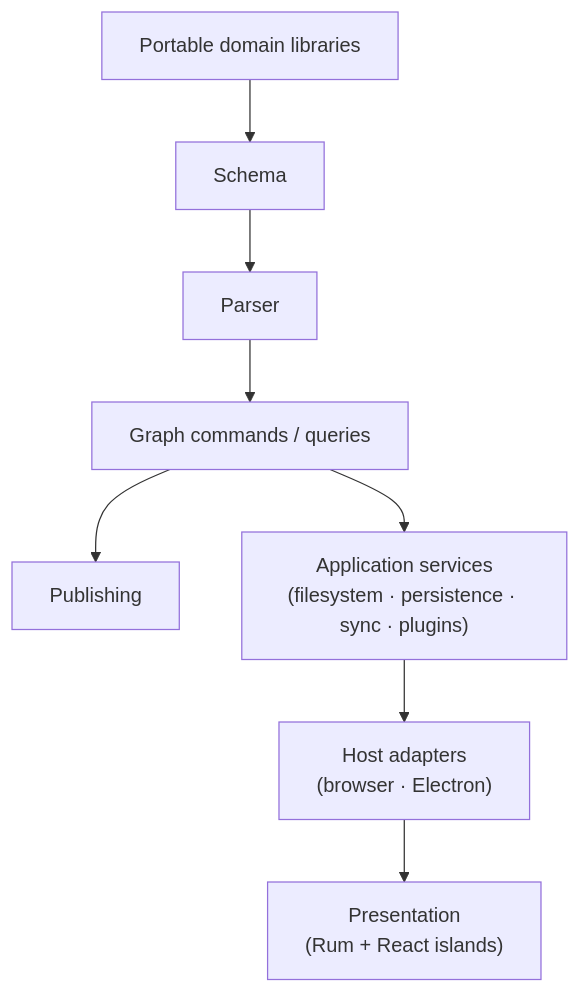
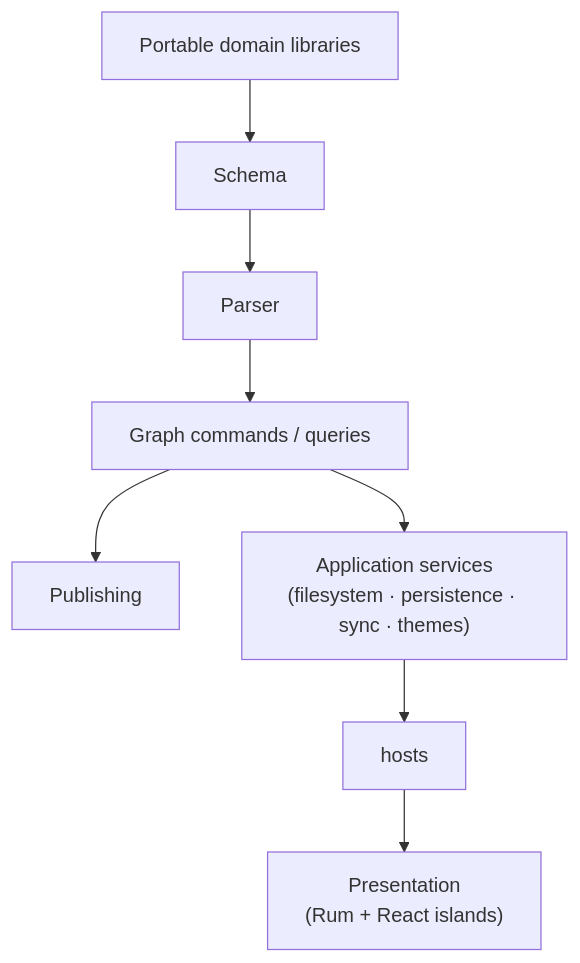
One commit to talal/logseq-og changed the diagram in docs/assessment.md. Above: the diagram before and after it, drawn with Mermaid. The commit also changed other lines of this file and 152 other files, not shown here.

````diff
--- a/docs/assessment.md
+++ b/docs/assessment.md
@@ -137,14 +136,13 @@
 ```mermaid
 flowchart TB
     domain["Portable domain libraries"]
     schema["Schema"]
     parser["Parser"]
     queries["Graph commands / queries"]
     publishing["Publishing"]
-    services["Application services<br>(filesystem · persistence · sync · plugins)"]
-    hosts["Host adapters<br>(browser · Electron)"]
+    services["Application services<br>(filesystem · persistence · sync · themes)"]
     presentation["Presentation<br>(Rum + React islands)"]
 
     domain --> schema --> parser --> queries --> publishing
     queries --> services --> hosts --> presentation
 ```
````
